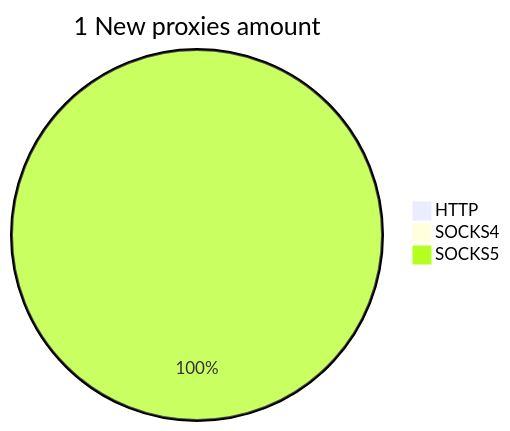
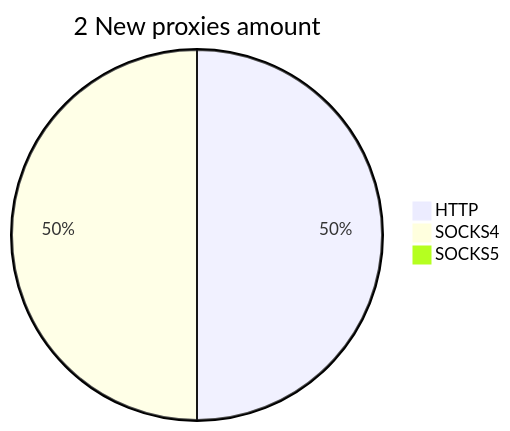
One commit to cutipu/proxylist changed the second of 2 diagrams in README.md. Above: the diagram before and after it, drawn with Mermaid. The commit also changed other lines of this file, not shown here.

````diff
--- a/README.md
+++ b/README.md
@@ -10,6 +10,6 @@
 ```mermaid
-pie title 1 New proxies amount
-    "HTTP" : 0
-    "SOCKS4" : 0
-    "SOCKS5" : 1
+pie title 2 New proxies amount
+    "HTTP" : 1
+    "SOCKS4" : 1
+    "SOCKS5" : 0
 ```
````
